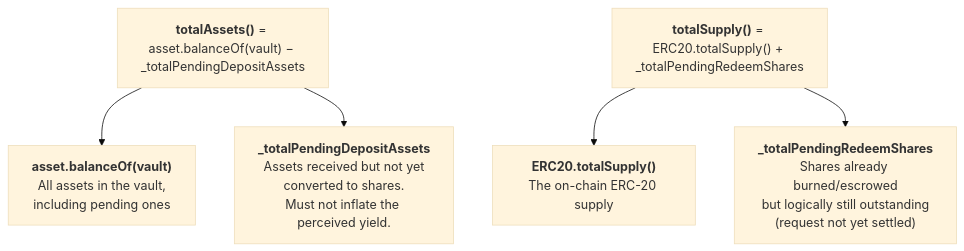
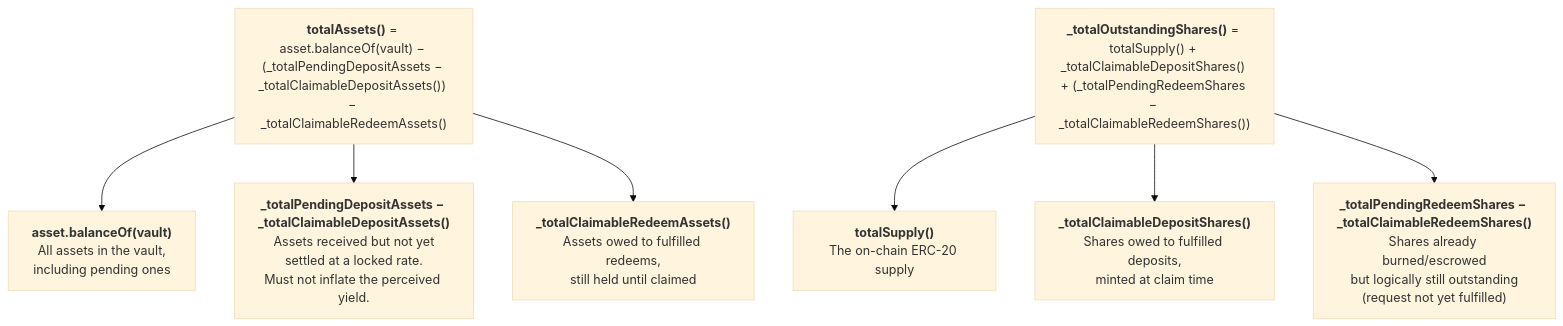
The fifth of 5 diagrams in docs/modules/ROOT/pages/erc7540.adoc (james-toussaint/openzeppelin-community-contracts), drawn with Mermaid (base theme) before and after one commit. The commit also changed other lines of this file and 29 other files, not shown here.

````diff
--- a/docs/modules/ROOT/pages/erc7540.adoc
+++ b/docs/modules/ROOT/pages/erc7540.adoc
@@ -386,10 +513,12 @@
 ```mermaid
 flowchart TD
-    TA["<b>totalAssets()</b> = asset.balanceOf(vault) − _totalPendingDepositAssets"]
+    TA["<b>totalAssets()</b> = asset.balanceOf(vault) − (_totalPendingDepositAssets − _totalClaimableDepositAssets()) − _totalClaimableRedeemAssets()"]
     TA --> TA1["<b>asset.balanceOf(vault)</b><br/>All assets in the vault,<br/>including pending ones"]
-    TA --> TA2["<b>_totalPendingDepositAssets</b><br/>Assets received but not yet<br/>converted to shares.<br/>Must not inflate the perceived yield."]
+    TA --> TA2["<b>_totalPendingDepositAssets − _totalClaimableDepositAssets()</b><br/>Assets received but not yet<br/>settled at a locked rate.<br/>Must not inflate the perceived yield."]
+    TA --> TA3["<b>_totalClaimableRedeemAssets()</b><br/>Assets owed to fulfilled redeems,<br/>still held until claimed"]
 
-    TS["<b>totalSupply()</b> = ERC20.totalSupply() + _totalPendingRedeemShares"]
-    TS --> TS1["<b>ERC20.totalSupply()</b><br/>The on-chain ERC-20 supply"]
-    TS --> TS2["<b>_totalPendingRedeemShares</b><br/>Shares already burned/escrowed<br/>but logically still outstanding<br/>(request not yet settled)"]
+    TS["<b>_totalOutstandingShares()</b> = totalSupply() + _totalClaimableDepositShares() + (_totalPendingRedeemShares − _totalClaimableRedeemShares())"]
+    TS --> TS1["<b>totalSupply()</b><br/>The on-chain ERC-20 supply"]
+    TS --> TS2["<b>_totalClaimableDepositShares()</b><br/>Shares owed to fulfilled deposits,<br/>minted at claim time"]
+    TS --> TS3["<b>_totalPendingRedeemShares − _totalClaimableRedeemShares()</b><br/>Shares already burned/escrowed<br/>but logically still outstanding<br/>(request not yet fulfilled)"]
 ```
````
